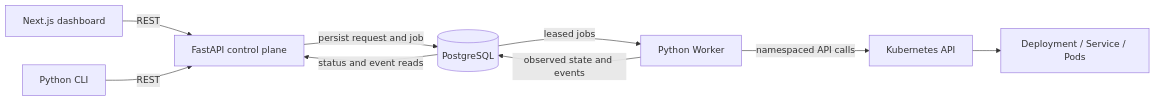
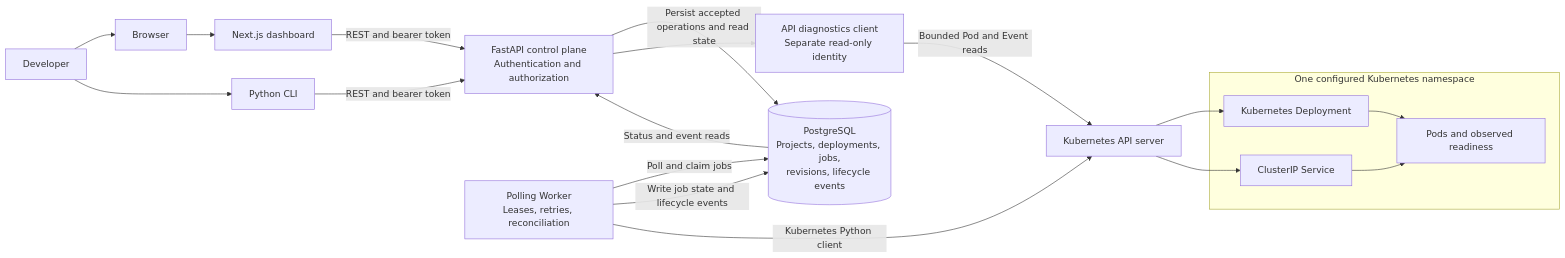
The first of 4 diagrams in README.md (amaan-mansoori/MiniCloud), drawn with Mermaid before and after one commit. The commit also changed other lines of this file, not shown here.

````diff
--- a/README.md
+++ b/README.md
@@ -32,11 +65,35 @@
 ```mermaid
 flowchart LR
-  Browser[Next.js dashboard] -->|REST| API[FastAPI control plane]
-  CLI[Python CLI] -->|REST| API
-  API -->|persist request and job| DB[(PostgreSQL)]
-  DB -->|leased jobs| Worker[Python Worker]
-  Worker -->|namespaced API calls| K8s[Kubernetes API]
-  K8s --> Workloads[Deployment / Service / Pods]
-  Worker -->|observed state and events| DB
-  DB -->|status and event reads| API
+    Dev[Developer]
+    Browser[Browser]
+    CLI[Python CLI]
+    Web[Next.js dashboard]
+    API[FastAPI control plane<br/>Authentication and authorization]
+    DB[(PostgreSQL<br/>Projects, deployments, jobs,<br/>revisions, lifecycle events)]
+    Worker[Polling Worker<br/>Leases, retries, reconciliation]
+    Diag[API diagnostics client<br/>Separate read-only identity]
+    Kube[Kubernetes API server]
+
+    subgraph Namespace["One configured Kubernetes namespace"]
+        Deployment[Kubernetes Deployment]
+        Service[ClusterIP Service]
+        Pods[Pods and observed readiness]
+        Deployment --> Pods
+        Service --> Pods
+    end
+
+    Dev --> Browser
+    Dev --> CLI
+    Browser --> Web
+    Web -->|REST and bearer token| API
+    CLI -->|REST and bearer token| API
+    API -->|Persist accepted operations and read state| DB
+    Worker -->|Poll and claim jobs| DB
+    Worker -->|Write job state and lifecycle events| DB
+    Worker -->|Kubernetes Python client| Kube
+    Kube --> Deployment
+    Kube --> Service
+    API --> Diag
+    Diag -->|Bounded Pod and Event reads| Kube
+    DB -->|Status and event reads| API
 ```
````
